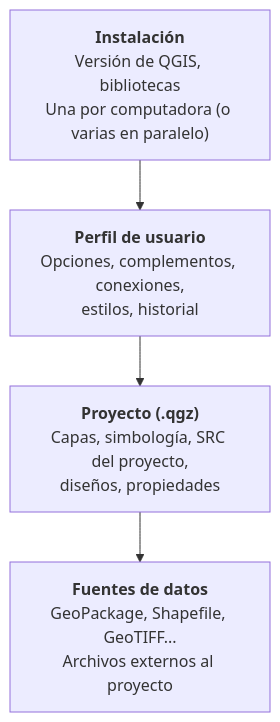
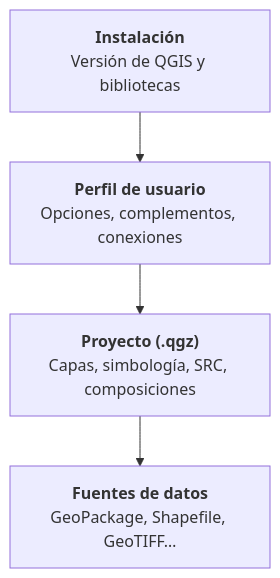
Before and after one commit to CHpass369/106_curso_qgis_introductorio: the diagram in docs/modulo-02/01-entorno-trabajo.md, drawn with Mermaid. The commit also changed other lines of this file and 17 other files, not shown here.

````diff
--- a/docs/modulo-02/01-entorno-trabajo.md
+++ b/docs/modulo-02/01-entorno-trabajo.md
@@ -46,8 +30,8 @@
 ```mermaid
 flowchart TB
-    A["<b>Instalación</b><br/>Versión de QGIS, bibliotecas<br/>Una por computadora (o varias en paralelo)"]
-    B["<b>Perfil de usuario</b><br/>Opciones, complementos, conexiones,<br/>estilos, historial"]
-    C["<b>Proyecto (.qgz)</b><br/>Capas, simbología, SRC del proyecto,<br/>diseños, propiedades"]
-    D["<b>Fuentes de datos</b><br/>GeoPackage, Shapefile, GeoTIFF...<br/>Archivos externos al proyecto"]
+    A["<b>Instalación</b><br/>Versión de QGIS y bibliotecas"]
+    B["<b>Perfil de usuario</b><br/>Opciones, complementos, conexiones"]
+    C["<b>Proyecto (.qgz)</b><br/>Capas, simbología, SRC, composiciones"]
+    D["<b>Fuentes de datos</b><br/>GeoPackage, Shapefile, GeoTIFF…"]
     A --> B --> C --> D
 ```
````
